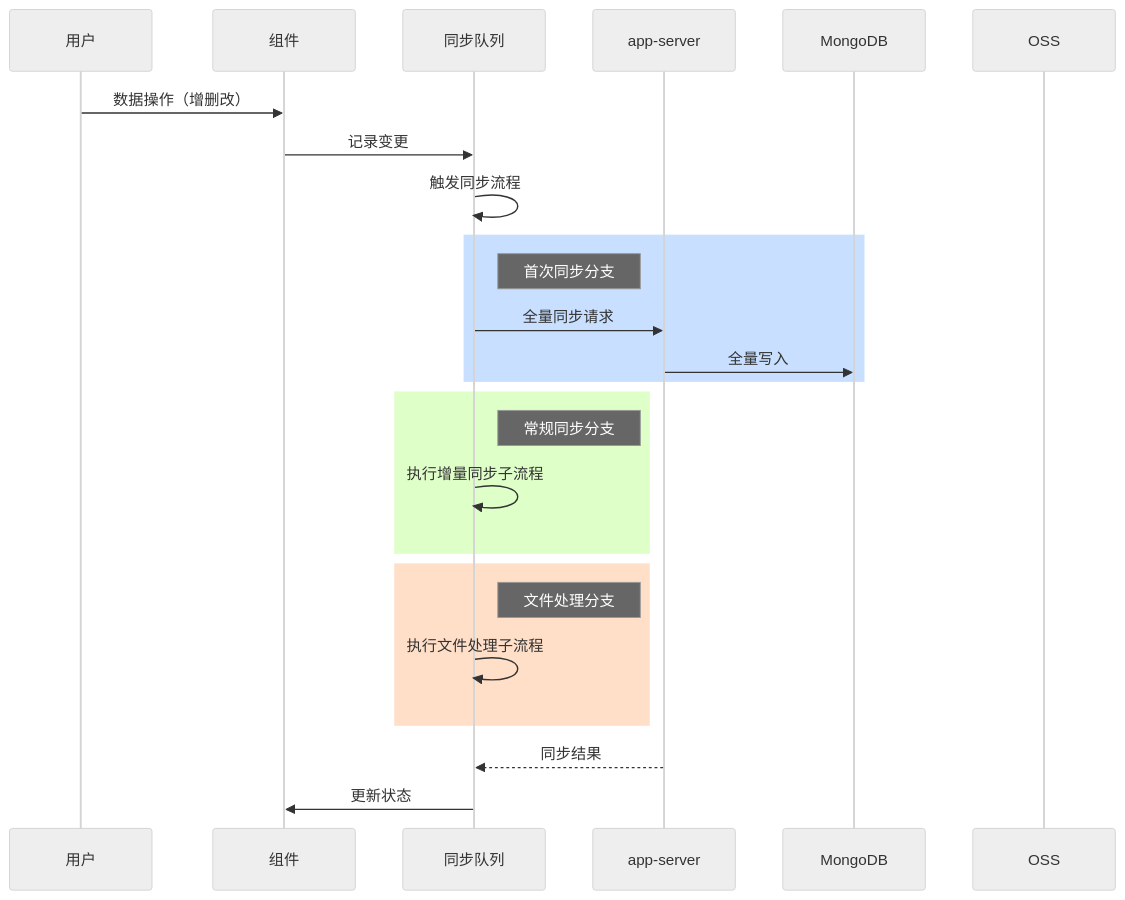
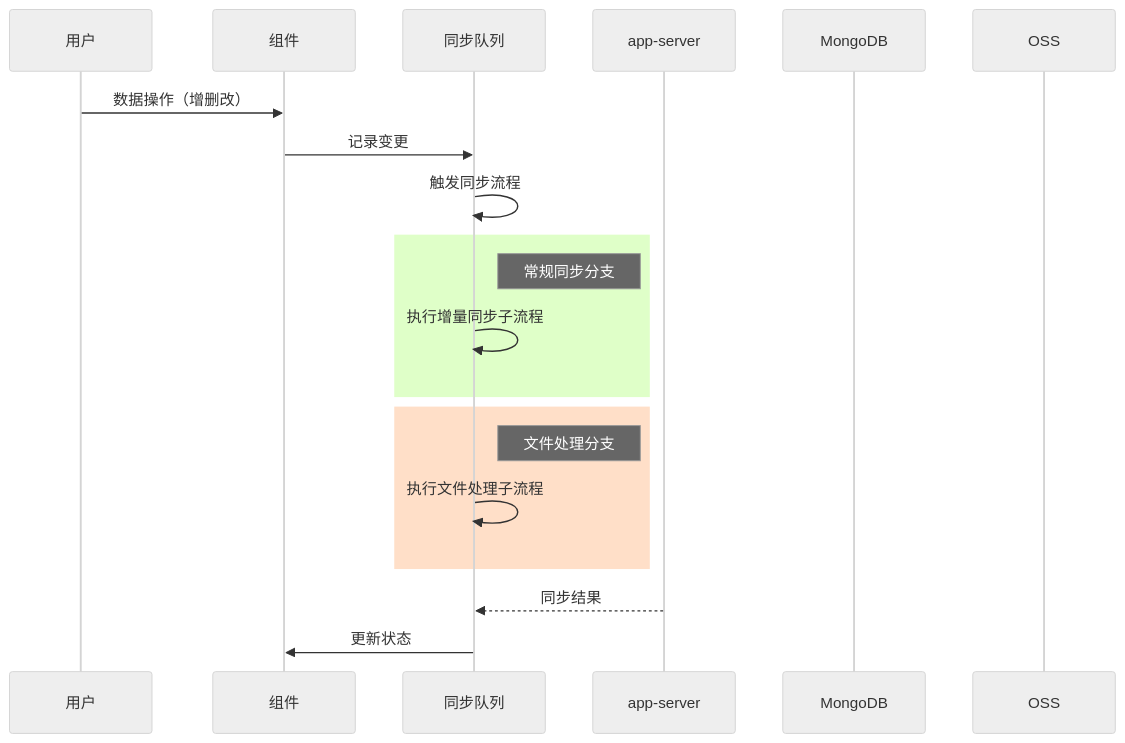
The diagram in all/未命名-24.md (yingjianzh/iodraw-files), drawn with Mermaid (neutral theme) before and after one commit.

Commit message:
2025-02-24 16:19:11 update

````diff
--- a/all/未命名-24.md
+++ b/all/未命名-24.md
@@ -1,35 +1,30 @@
 ```mermaid
 
 sequenceDiagram
     participant 用户
     participant 组件
     participant 同步队列
     participant app-server
     participant MongoDB
     participant OSS
 
 
     用户->>组件: 数据操作（增删改）
     组件->>同步队列: 记录变更
     同步队列->>同步队列: 触发同步流程
     
-    rect rgb(200,223,255)
-    Note right of 同步队列: 首次同步分支
-    同步队列->>app-server: 全量同步请求
-    app-server->>MongoDB: 全量写入
-    end
 
     rect rgb(223,255,200)
     Note right of 同步队列: 常规同步分支
     同步队列->>同步队列: 执行增量同步子流程
     end
 
     rect rgb(255,223,200)
     Note right of 同步队列: 文件处理分支
     同步队列->>同步队列: 执行文件处理子流程
     end
 
     app-server-->>同步队列: 同步结果
     同步队列->>组件: 更新状态
 
 ```
````
